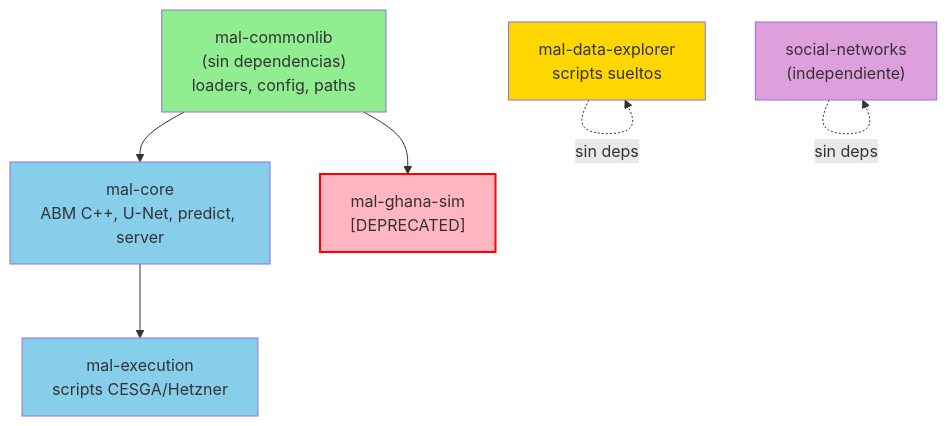
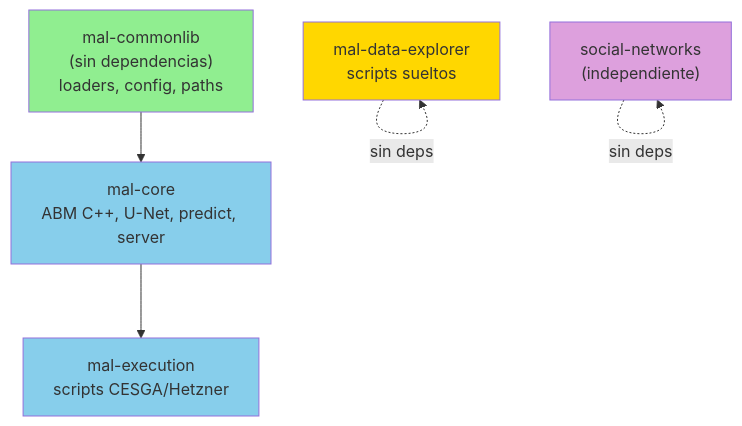
Before and after one commit to ANFAIA/MalariaSentinel: the third of 14 diagrams in docs/system-status.md, drawn with Mermaid. The commit also changed other lines of this file and 60 other files, not shown here.

First line of the commit message:
refactor(core): remove deprecated mal-ghana-sim experiment, promote pool_hydrology to mal-core

````diff
--- a/docs/system-status.md
+++ b/docs/system-status.md
@@ -88,23 +87,20 @@
 ```mermaid
 graph TB
     CL["mal-commonlib<br/>(sin dependencias)<br/>loaders, config, paths"]
     MC["mal-core<br/>ABM C++, U-Net, predict, server"]
     ME["mal-execution<br/>scripts CESGA/Hetzner"]
-    GS["mal-ghana-sim<br/>[DEPRECATED]"]
     DE["mal-data-explorer<br/>scripts sueltos"]
     SN["social-networks<br/>(independiente)"]
 
     CL --> MC
     MC --> ME
-    CL --> GS
 
     DE -.->|"sin deps"| DE
     SN -.->|"sin deps"| SN
 
     style CL fill:#90EE90
     style MC fill:#87CEEB
     style ME fill:#87CEEB
-    style GS fill:#FFB6C1,stroke:#FF0000,stroke-width:2px
     style DE fill:#FFD700
     style SN fill:#DDA0DD
 ```
````
